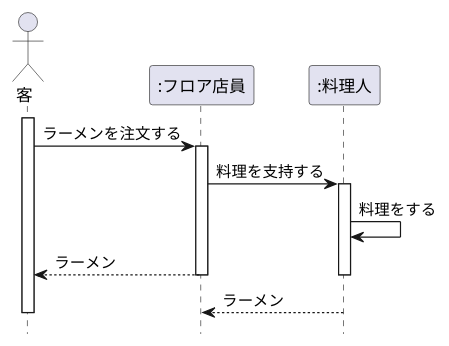
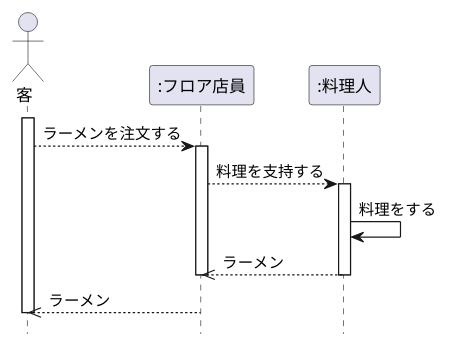
The diagram in 演習4-1_SD_ラーメン屋さんでの注文.pu (isio2/uml-introduction), drawn with PlantUML before and after one commit. The commit also changed 6 other files, not shown here.

```diff
--- a/演習4-1_SD_ラーメン屋さんでの注文.pu
+++ b/演習4-1_SD_ラーメン屋さんでの注文.pu
@@ -1,17 +1,17 @@
 @startuml ラーメン屋さんでの注文
 hide footbox
 actor 客 as guest
 participant ":フロア店員" as clerk
 participant ":料理人" as cooker
 activate guest
-guest -> clerk:ラーメンを注文する
+guest --> clerk:ラーメンを注文する
 activate clerk
-clerk -> cooker:料理を支持する
+clerk --> cooker:料理を支持する
 activate cooker
 cooker -> cooker:料理をする
-guest <-- clerk:ラーメン
+clerk <<-- cooker:ラーメン
 deactivate cooker
 deactivate clerk
-clerk <-- cooker:ラーメン
+guest <<-- clerk:ラーメン
 deactivate guest
 @enduml
```
